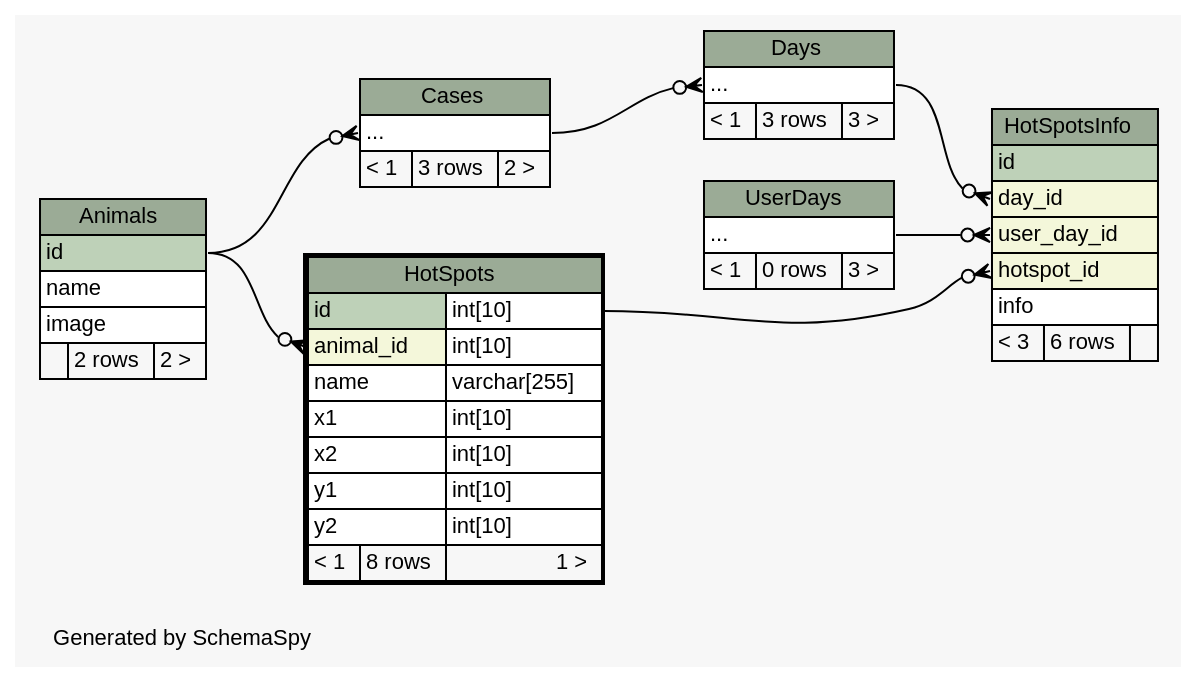
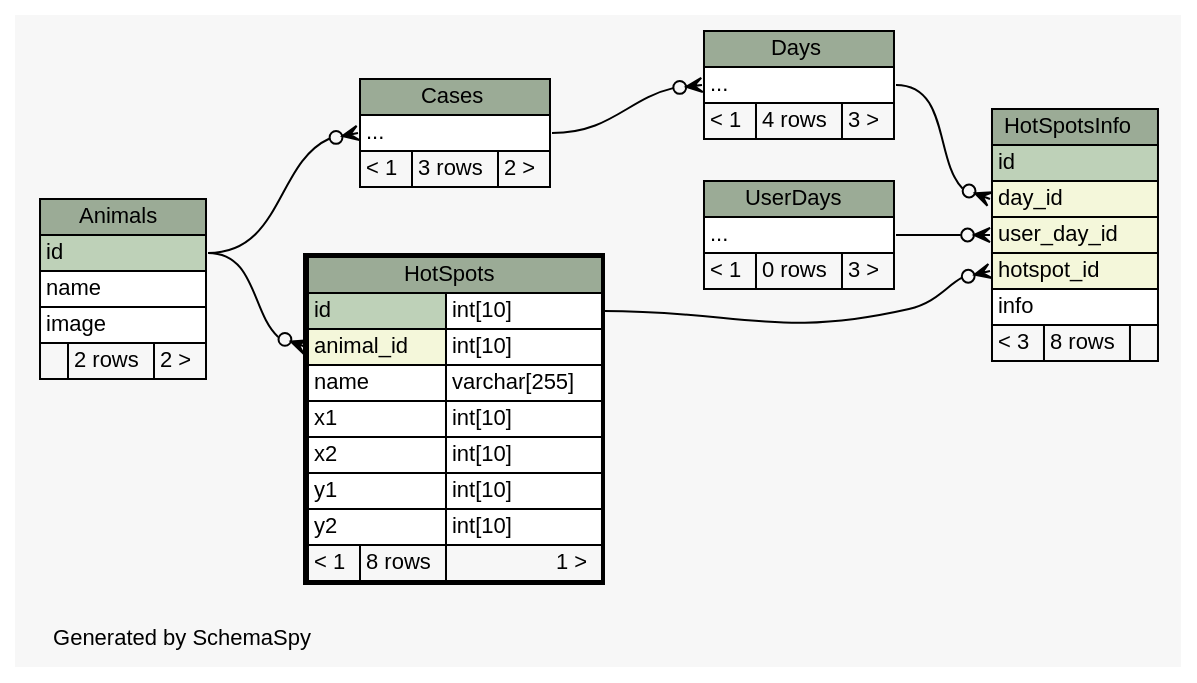
The diagram in web/files/schema/diagrams/HotSpots.2degrees.dot (carrel2/CaseStudies), drawn with Graphviz before and after one commit. The commit also changed 256 other files, not shown here.

```diff
--- a/web/files/schema/diagrams/HotSpots.2degrees.dot
+++ b/web/files/schema/diagrams/HotSpots.2degrees.dot
@@ -1,100 +1,100 @@
-// dot 2.38.0 on Linux 4.4.0-77-generic
+// dot 2.38.0 on Linux 4.4.0-78-generic
 // SchemaSpy rev 590
 digraph "twoDegreesRelationshipsDiagram" {
   graph [
     rankdir="RL"
     bgcolor="#f7f7f7"
     label="\nGenerated by SchemaSpy"
     labeljust="l"
     nodesep="0.18"
     ranksep="0.46"
     fontname="Helvetica"
     fontsize="11"
   ];
   node [
     fontname="Helvetica"
     fontsize="11"
     shape="plaintext"
   ];
   edge [
     arrowsize="0.8"
   ];
   "Cases":"elipses":w -> "Animals":"id":e [arrowhead=none dir=back arrowtail=crowodot];
   "Days":"elipses":w -> "Cases":"elipses":e [arrowhead=none dir=back arrowtail=crowodot];
   "HotSpots":"animal_id":w -> "Animals":"id":e [arrowhead=none dir=back arrowtail=crowodot];
   "HotSpotsInfo":"day_id":w -> "Days":"elipses":e [arrowhead=none dir=back arrowtail=crowodot];
   "HotSpotsInfo":"hotspot_id":w -> "HotSpots":"id.type":e [arrowhead=none dir=back arrowtail=crowodot];
   "HotSpotsInfo":"user_day_id":w -> "UserDays":"elipses":e [arrowhead=none dir=back arrowtail=crowodot];
   "Animals" [
     label=<
     <TABLE BORDER="0" CELLBORDER="1" CELLSPACING="0" BGCOLOR="#ffffff">
       <TR><TD COLSPAN="3" BGCOLOR="#9bab96" ALIGN="CENTER">Animals</TD></TR>
       <TR><TD PORT="id" COLSPAN="3" BGCOLOR="#bed1b8" ALIGN="LEFT">id</TD></TR>
       <TR><TD PORT="name" COLSPAN="3" ALIGN="LEFT">name</TD></TR>
       <TR><TD PORT="image" COLSPAN="3" ALIGN="LEFT">image</TD></TR>
       <TR><TD ALIGN="LEFT" BGCOLOR="#f7f7f7">  </TD><TD ALIGN="RIGHT" BGCOLOR="#f7f7f7">2 rows</TD><TD ALIGN="RIGHT" BGCOLOR="#f7f7f7">2 &gt;</TD></TR>
     </TABLE>>
     URL="Animals.html"
     tooltip="Animals"
   ];
   "Cases" [
     label=<
     <TABLE BORDER="0" CELLBORDER="1" CELLSPACING="0" BGCOLOR="#ffffff">
       <TR><TD COLSPAN="3" BGCOLOR="#9bab96" ALIGN="CENTER">Cases</TD></TR>
       <TR><TD PORT="elipses" COLSPAN="3" ALIGN="LEFT">...</TD></TR>
       <TR><TD ALIGN="LEFT" BGCOLOR="#f7f7f7">&lt; 1</TD><TD ALIGN="RIGHT" BGCOLOR="#f7f7f7">3 rows</TD><TD ALIGN="RIGHT" BGCOLOR="#f7f7f7">2 &gt;</TD></TR>
     </TABLE>>
     URL="Cases.html"
     tooltip="Cases"
   ];
   "Days" [
     label=<
     <TABLE BORDER="0" CELLBORDER="1" CELLSPACING="0" BGCOLOR="#ffffff">
       <TR><TD COLSPAN="3" BGCOLOR="#9bab96" ALIGN="CENTER">Days</TD></TR>
       <TR><TD PORT="elipses" COLSPAN="3" ALIGN="LEFT">...</TD></TR>
-      <TR><TD ALIGN="LEFT" BGCOLOR="#f7f7f7">&lt; 1</TD><TD ALIGN="RIGHT" BGCOLOR="#f7f7f7">3 rows</TD><TD ALIGN="RIGHT" BGCOLOR="#f7f7f7">3 &gt;</TD></TR>
+      <TR><TD ALIGN="LEFT" BGCOLOR="#f7f7f7">&lt; 1</TD><TD ALIGN="RIGHT" BGCOLOR="#f7f7f7">4 rows</TD><TD ALIGN="RIGHT" BGCOLOR="#f7f7f7">3 &gt;</TD></TR>
     </TABLE>>
     URL="Days.html"
     tooltip="Days"
   ];
   "HotSpots" [
     label=<
     <TABLE BORDER="2" CELLBORDER="1" CELLSPACING="0" BGCOLOR="#ffffff">
       <TR><TD COLSPAN="3" BGCOLOR="#9bab96" ALIGN="CENTER">HotSpots</TD></TR>
       <TR><TD PORT="id" COLSPAN="2" BGCOLOR="#bed1b8" ALIGN="LEFT">id</TD><TD PORT="id.type" ALIGN="LEFT">int[10]</TD></TR>
       <TR><TD PORT="animal_id" COLSPAN="2" BGCOLOR="#f4f7da" ALIGN="LEFT">animal_id</TD><TD PORT="animal_id.type" ALIGN="LEFT">int[10]</TD></TR>
       <TR><TD PORT="name" COLSPAN="2" ALIGN="LEFT">name</TD><TD PORT="name.type" ALIGN="LEFT">varchar[255]</TD></TR>
       <TR><TD PORT="x1" COLSPAN="2" ALIGN="LEFT">x1</TD><TD PORT="x1.type" ALIGN="LEFT">int[10]</TD></TR>
       <TR><TD PORT="x2" COLSPAN="2" ALIGN="LEFT">x2</TD><TD PORT="x2.type" ALIGN="LEFT">int[10]</TD></TR>
       <TR><TD PORT="y1" COLSPAN="2" ALIGN="LEFT">y1</TD><TD PORT="y1.type" ALIGN="LEFT">int[10]</TD></TR>
       <TR><TD PORT="y2" COLSPAN="2" ALIGN="LEFT">y2</TD><TD PORT="y2.type" ALIGN="LEFT">int[10]</TD></TR>
       <TR><TD ALIGN="LEFT" BGCOLOR="#f7f7f7">&lt; 1</TD><TD ALIGN="RIGHT" BGCOLOR="#f7f7f7">8 rows</TD><TD ALIGN="RIGHT" BGCOLOR="#f7f7f7">1 &gt;</TD></TR>
     </TABLE>>
     URL="HotSpots.html"
     tooltip="HotSpots"
   ];
   "HotSpotsInfo" [
     label=<
     <TABLE BORDER="0" CELLBORDER="1" CELLSPACING="0" BGCOLOR="#ffffff">
       <TR><TD COLSPAN="3" BGCOLOR="#9bab96" ALIGN="CENTER">HotSpotsInfo</TD></TR>
       <TR><TD PORT="id" COLSPAN="3" BGCOLOR="#bed1b8" ALIGN="LEFT">id</TD></TR>
       <TR><TD PORT="day_id" COLSPAN="3" BGCOLOR="#f4f7da" ALIGN="LEFT">day_id</TD></TR>
       <TR><TD PORT="user_day_id" COLSPAN="3" BGCOLOR="#f4f7da" ALIGN="LEFT">user_day_id</TD></TR>
       <TR><TD PORT="hotspot_id" COLSPAN="3" BGCOLOR="#f4f7da" ALIGN="LEFT">hotspot_id</TD></TR>
       <TR><TD PORT="info" COLSPAN="3" ALIGN="LEFT">info</TD></TR>
-      <TR><TD ALIGN="LEFT" BGCOLOR="#f7f7f7">&lt; 3</TD><TD ALIGN="RIGHT" BGCOLOR="#f7f7f7">6 rows</TD><TD ALIGN="RIGHT" BGCOLOR="#f7f7f7">  </TD></TR>
+      <TR><TD ALIGN="LEFT" BGCOLOR="#f7f7f7">&lt; 3</TD><TD ALIGN="RIGHT" BGCOLOR="#f7f7f7">8 rows</TD><TD ALIGN="RIGHT" BGCOLOR="#f7f7f7">  </TD></TR>
     </TABLE>>
     URL="HotSpotsInfo.html"
     tooltip="HotSpotsInfo"
   ];
   "UserDays" [
     label=<
     <TABLE BORDER="0" CELLBORDER="1" CELLSPACING="0" BGCOLOR="#ffffff">
       <TR><TD COLSPAN="3" BGCOLOR="#9bab96" ALIGN="CENTER">UserDays</TD></TR>
       <TR><TD PORT="elipses" COLSPAN="3" ALIGN="LEFT">...</TD></TR>
       <TR><TD ALIGN="LEFT" BGCOLOR="#f7f7f7">&lt; 1</TD><TD ALIGN="RIGHT" BGCOLOR="#f7f7f7">0 rows</TD><TD ALIGN="RIGHT" BGCOLOR="#f7f7f7">3 &gt;</TD></TR>
     </TABLE>>
     URL="UserDays.html"
     tooltip="UserDays"
   ];
 }
```
